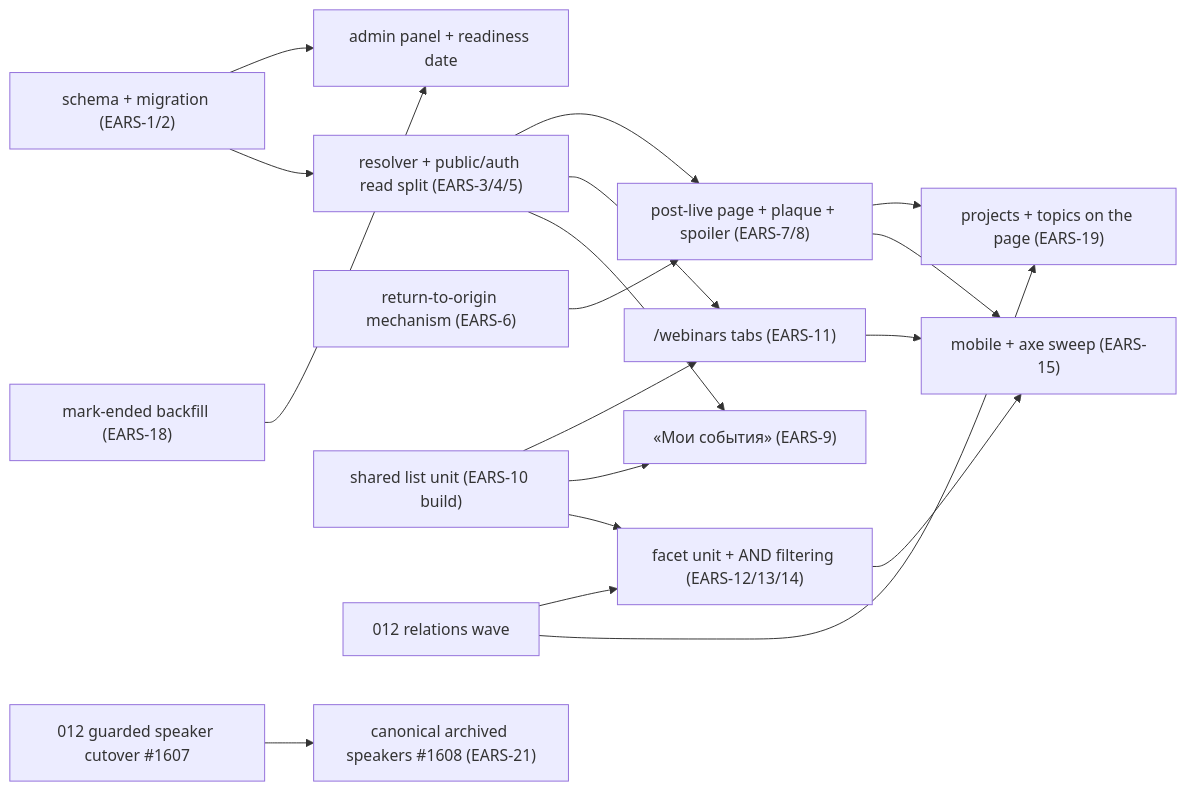
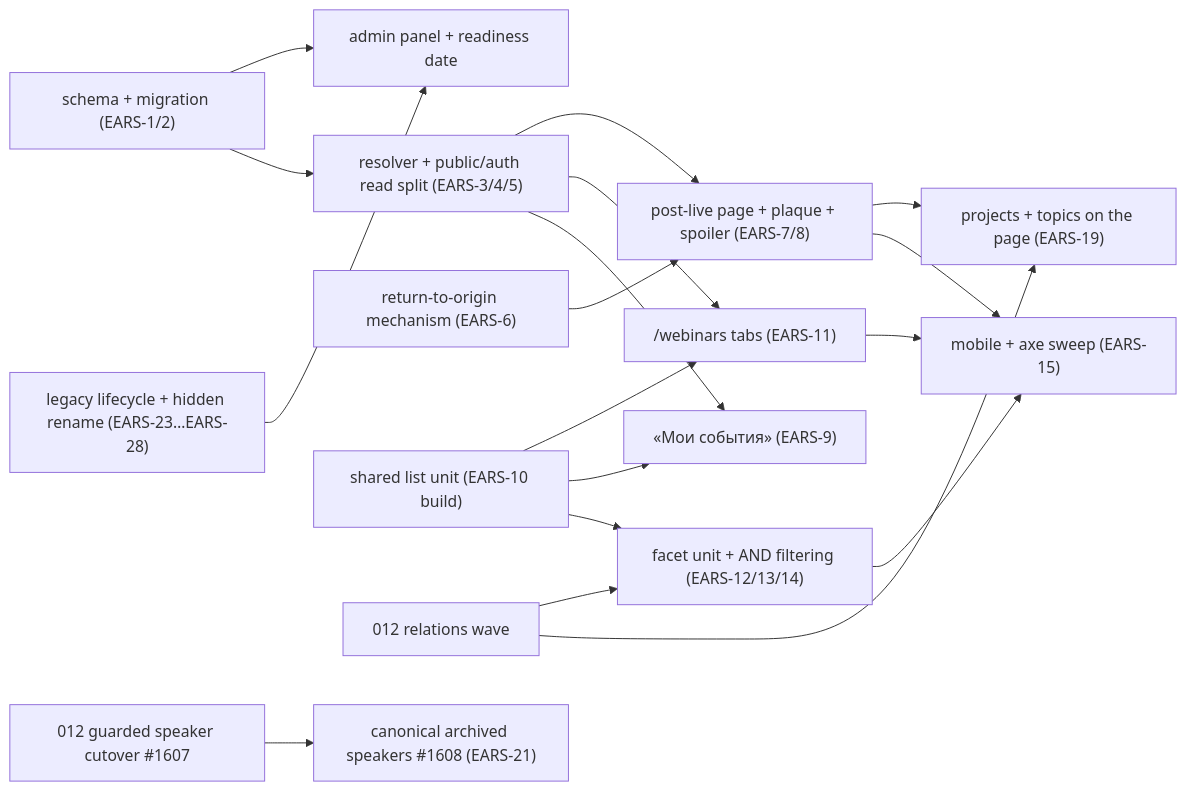
Before and after one commit to doctor-school/ds-platform: diagram 12 of 12 in apps/docs/content/specs/features/014-event-recordings/014-design.md, drawn with Mermaid. The commit also changed other lines of this file and 15 other files, not shown here.

First line of the commit message:
docs(1751): spec revision — legacy broadcast lifecycle, hidden-state rename, EARS-18 withdrawal (#1757)

````diff
--- a/apps/docs/content/specs/features/014-event-recordings/014-design.md
+++ b/apps/docs/content/specs/features/014-event-recordings/014-design.md
@@ -393,20 +429,20 @@
 ```mermaid
 flowchart LR
   S["schema + migration (EARS-1/2)"] --> A["admin panel + readiness date"]
-  MB["mark-ended backfill (EARS-18)"] --> A
+  LEG["legacy lifecycle + hidden rename (EARS-23…EARS-28)"] --> A
   S --> R["resolver + public/auth read split (EARS-3/4/5)"]
   R --> PG["post-live page + plaque + spoiler (EARS-7/8)"]
   RT["return-to-origin mechanism (EARS-6)"] --> PG
   U["shared list unit (EARS-10 build)"] --> TB["/webinars tabs (EARS-11)"]
   U --> ME["«Мои события» (EARS-9)"]
   R --> TB
   R --> ME
   TWELVE["012 relations wave"] --> FA["facet unit + AND filtering (EARS-12/13/14)"]
   CUTOVER["012 guarded speaker cutover #1607"] --> SP["canonical archived speakers #1608 (EARS-21)"]
   TWELVE --> PT["projects + topics on the page (EARS-19)"]
   PG --> PT
   U --> FA
   PG --> AX["mobile + axe sweep (EARS-15)"]
   TB --> AX
   FA --> AX
 ```
````
